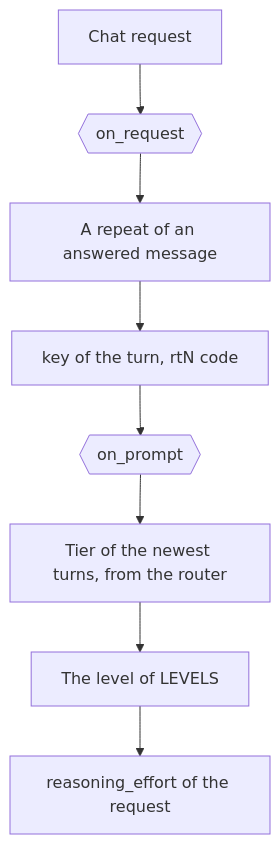
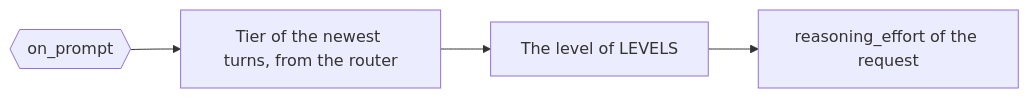
One commit to nemoe7/daedalus changed the second of 2 diagrams in docs/hooks/owui_auto_reasoning_effort.md. Above: the diagram before and after it, drawn with Mermaid. The commit also changed other lines of this file and 5 other files, not shown here.

Commit message:
docs: lay the diagrams out left to right for a desktop

````diff
--- a/docs/hooks/owui_auto_reasoning_effort.md
+++ b/docs/hooks/owui_auto_reasoning_effort.md
@@ -14,10 +23,6 @@
 ```mermaid
-flowchart TD
-  A[Chat request] --> B{{on_request}}
-  B --> C[A repeat of an answered message]
-  C --> D[key of the turn, rtN code]
-  D --> E{{on_prompt}}
-  E --> F[Tier of the newest turns, from the router]
+flowchart LR
+  E{{on_prompt}} --> F[Tier of the newest turns, from the router]
   F --> G[The level of LEVELS]
   G --> H[reasoning_effort of the request]
 ```
````
